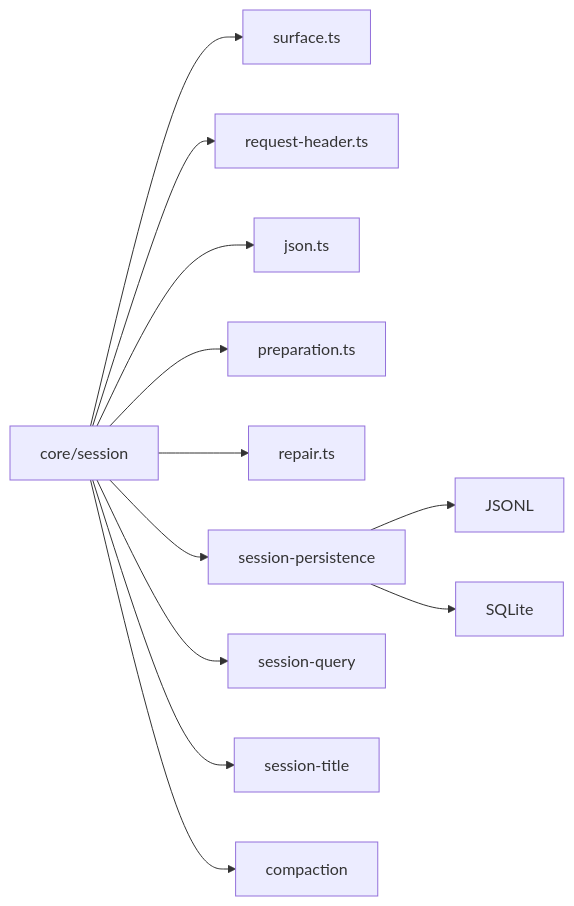
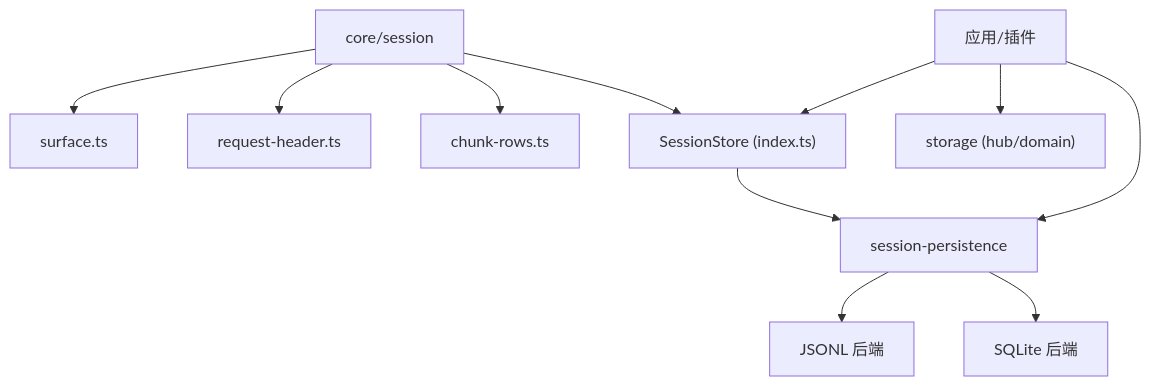
One commit to gongzili456/deepseek-harness changed the eighth of 8 diagrams in .qoder/repowiki/zh/content/核心概念/会话管理.md. Above: the diagram before and after it, drawn with Mermaid. The commit also changed other lines of this file and 1001 other files, not shown here.

````diff
--- a/.qoder/repowiki/zh/content/核心概念/会话管理.md
+++ b/.qoder/repowiki/zh/content/核心概念/会话管理.md
@@ -300,14 +317,13 @@
 ```mermaid
-graph LR
+graph TB
 Core["core/session"] --> Surf["surface.ts"]
 Core --> RH["request-header.ts"]
-Core --> Json["json.ts"]
-Core --> Prep["preparation.ts"]
-Core --> Rep["repair.ts"]
-Core --> Pers["session-persistence"]
-Pers --> J["JSONL"]
-Pers --> Q["SQLite"]
-Core --> SQ["session-query"]
-Core --> ST["session-title"]
-Core --> CE["compaction"]
+Core --> CR["chunk-rows.ts"]
+Core --> Store["SessionStore (index.ts)"]
+Store --> Pers["session-persistence"]
+Pers --> J["JSONL 后端"]
+Pers --> S["SQLite 后端"]
+App["应用/插件"] --> Store
+App --> Pers
+App --> Storage["storage (hub/domain)"]
 ```
````
